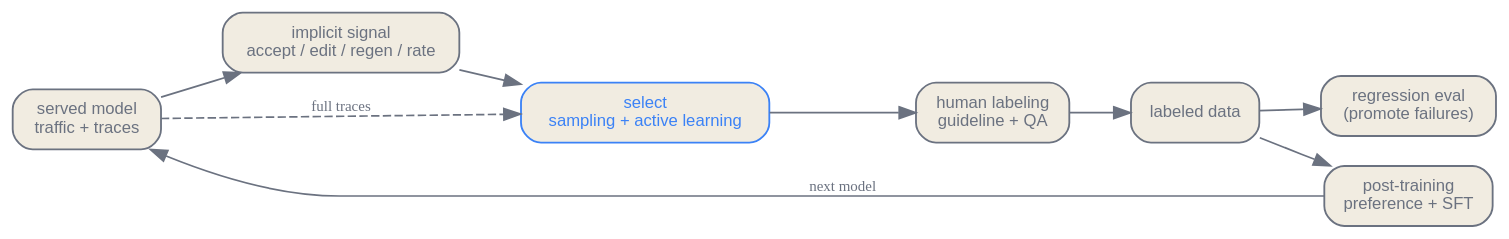
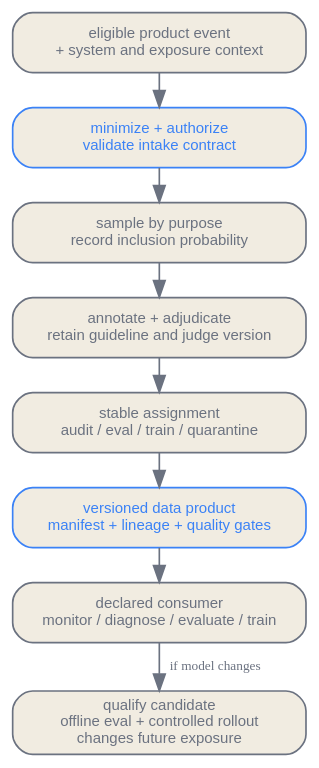
One commit to latere-ai/ai-as-an-infrastructure changed the diagram in en/practice/12-production-data-engine.qmd. Above: the diagram before and after it, drawn with Graphviz. The commit also changed other lines of this file and 3 other files, not shown here.

Commit message:
docs: rewrite production data engine

````diff
--- a/en/practice/12-production-data-engine.qmd
+++ b/en/practice/12-production-data-engine.qmd
@@ -42,25 +83,23 @@
 ```{dot}
 //| label: fig-data-engine-loop
-//| fig-cap: "The production data engine as a standing loop. Served traffic emits traces and implicit signal; sampling and active learning select the few traces worth a human label; labeled data splits into a regression eval set and fresh post-training data, which produce the next model that serves the next traffic."
+//| fig-cap: "A governed production data pipeline. Eligible events are minimized and authorized, sampled by declared purpose, annotated when needed, assigned to stable partitions, and published as versioned data products. Training is one gated consumer, not the destination of every event."
 digraph engine {
-  rankdir=LR;
+  rankdir=TB;
   bgcolor="transparent";
-  node [shape=box, style="rounded,filled", fontname="Helvetica", fontsize=10, color="#6b7280", fontcolor="#6b7280", fillcolor="#f1ece1", penwidth=1.1];
-  edge [color="#6b7280", fontcolor="#6b7280", fontsize=9];
+  graph [nodesep=0.18, ranksep=0.26];
+  node [shape=box, style="rounded,filled", fontname="Helvetica", fontsize=9, color="#6b7280", fontcolor="#6b7280", fillcolor="#f1ece1", margin="0.09,0.06", width=2.45];
+  edge [color="#6b7280", fontcolor="#6b7280", fontsize=8];
 
-  serve [label="served model\ntraffic + traces"];
-  imp   [label="implicit signal\naccept / edit / regen / rate"];
-  sel   [label="select\nsampling + active learning", color="#3b82f6", fontcolor="#3b82f6"];
-  label [label="human labeling\nguideline + QA"];
-  data  [label="labeled data"];
-  evalq [label="regression eval\n(promote failures)"];
-  train [label="post-training\npreference + SFT"];
+  event [label="eligible product event\n+ system and exposure context"];
+  intake [label="minimize + authorize\nvalidate intake contract", color="#3b82f6", fontcolor="#3b82f6"];
+  sample [label="sample by purpose\nrecord inclusion probability"];
+  judge [label="annotate + adjudicate\nretain guideline and judge version"];
+  split [label="stable assignment\naudit / eval / train / quarantine"];
+  release [label="versioned data product\nmanifest + lineage + quality gates", color="#3b82f6", fontcolor="#3b82f6"];
+  consumer [label="declared consumer\nmonitor / diagnose / evaluate / train"];
+  gate [label="qualify candidate\noffline eval + controlled rollout\nchanges future exposure"];
 
-  serve -> imp -> sel;
-  serve -> sel [style=dashed, label="full traces"];
-  sel -> label -> data;
-  data -> evalq;
-  data -> train;
-  train -> serve [label="next model"];
+  event -> intake -> sample -> judge -> split -> release -> consumer;
+  consumer -> gate [label="if model changes"];
 }
 ```
````
